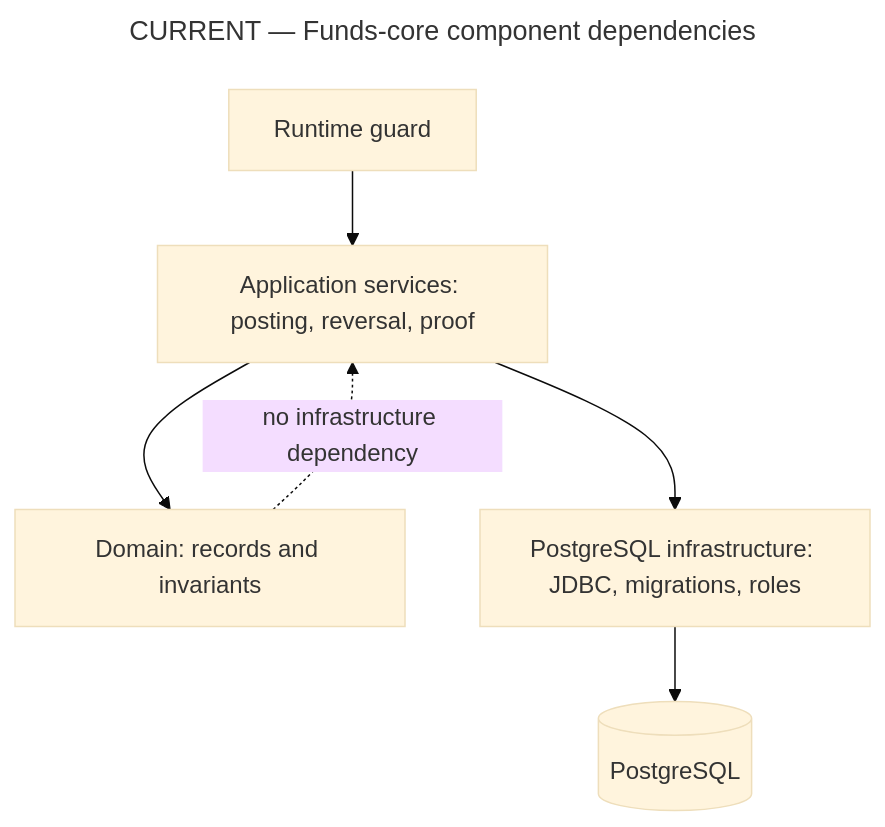
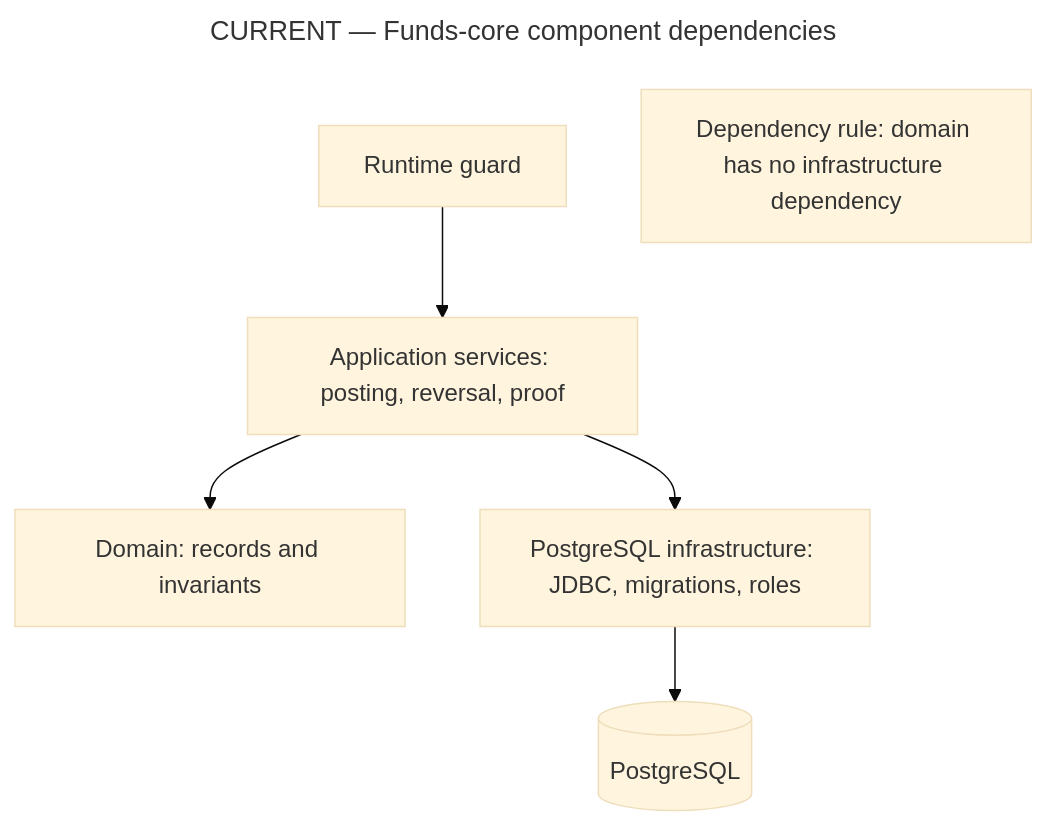
One commit to PreciousTosin/core-banking changed the diagram in architecture/diagrams/funds-core-components.mmd. Above: the diagram before and after it, drawn with Mermaid (base theme). The commit also changed 2 other files, not shown here.

Commit message:
fix: harden architecture diagram validation

```diff
--- a/architecture/diagrams/funds-core-components.mmd
+++ b/architecture/diagrams/funds-core-components.mmd
@@ -1,21 +1,21 @@
 ---
 title: CURRENT — Funds-core component dependencies
 ---
 %% state: CURRENT
 %% abstraction: component
 %% question: Which implemented funds-core layers own financial rules and persistence responsibilities?
 %% owner: funds-core maintainers
 %% arc42: architecture/arc42/05-building-block-view.md
 %% adrs: ADR-0002, ADR-0004, ADR-0006
 %% last_verified: 2026-09-01
 flowchart TB
   runtime[Runtime guard]
   application[Application services: posting, reversal, proof]
   domain[Domain: records and invariants]
   postgres[PostgreSQL infrastructure: JDBC, migrations, roles]
   database[(PostgreSQL)]
   runtime --> application
   application --> domain
   application --> postgres
   postgres --> database
-  domain -. no infrastructure dependency .-> application
+  rule[Dependency rule: domain has no infrastructure dependency]
```
